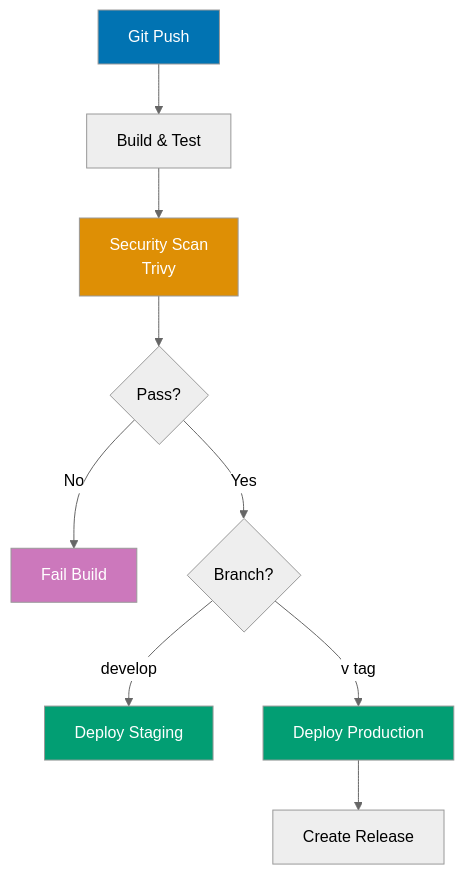
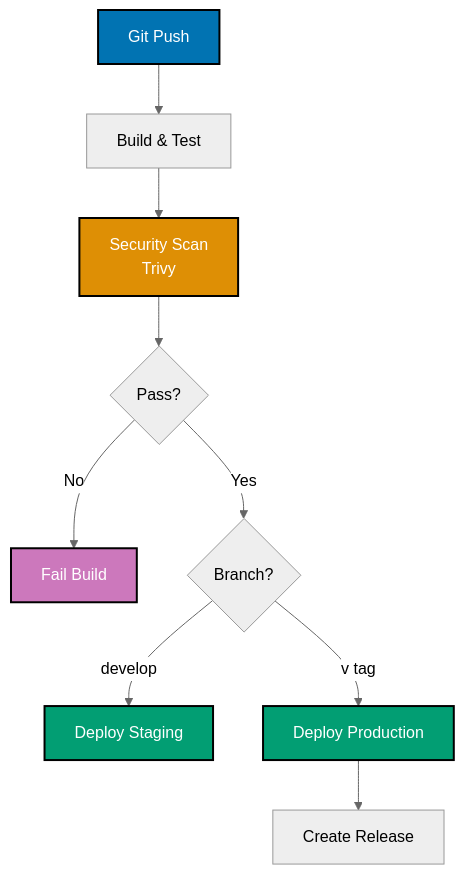
One commit to wahidyankf/open-sharia-enterprise changed the sixth of 14 diagrams in apps/ayokoding-web/content/en/learn/software-engineering/infrastructure/tools/docker/by-example/advanced.md. Above: the diagram before and after it, drawn with Mermaid (neutral theme). The commit also changed other lines of this file and 25 other files, not shown here.

````diff
--- a/apps/ayokoding-web/content/en/learn/software-engineering/infrastructure/tools/docker/by-example/advanced.md
+++ b/apps/ayokoding-web/content/en/learn/software-engineering/infrastructure/tools/docker/by-example/advanced.md
@@ -1788,18 +1793,19 @@
 ```mermaid
+%% Color Palette: Blue #0173B2, Orange #DE8F05, Teal #029E73, Purple #CC78BC, Brown #CA9161
 %% CI/CD workflow
 graph TD
  A["Git Push"] --> B["Build & Test"]
  B --> C["Security Scan<br/>Trivy"]
  C --> D{Pass?}
  D -->|No| E["Fail Build"]
  D -->|Yes| F{Branch?}
  F -->|develop| G["Deploy Staging"]
  F -->|v tag| H["Deploy Production"]
  H --> I["Create Release"]
 
- style A fill:#0173B2,color:#fff
- style C fill:#DE8F05,color:#fff
- style E fill:#CC78BC,color:#fff
- style G fill:#029E73,color:#fff
- style H fill:#029E73,color:#fff
+ style A fill:#0173B2,stroke:#000000,stroke-width:2px,color:#fff
+ style C fill:#DE8F05,stroke:#000000,stroke-width:2px,color:#fff
+ style E fill:#CC78BC,stroke:#000000,stroke-width:2px,color:#fff
+ style G fill:#029E73,stroke:#000000,stroke-width:2px,color:#fff
+ style H fill:#029E73,stroke:#000000,stroke-width:2px,color:#fff
 ```
````
